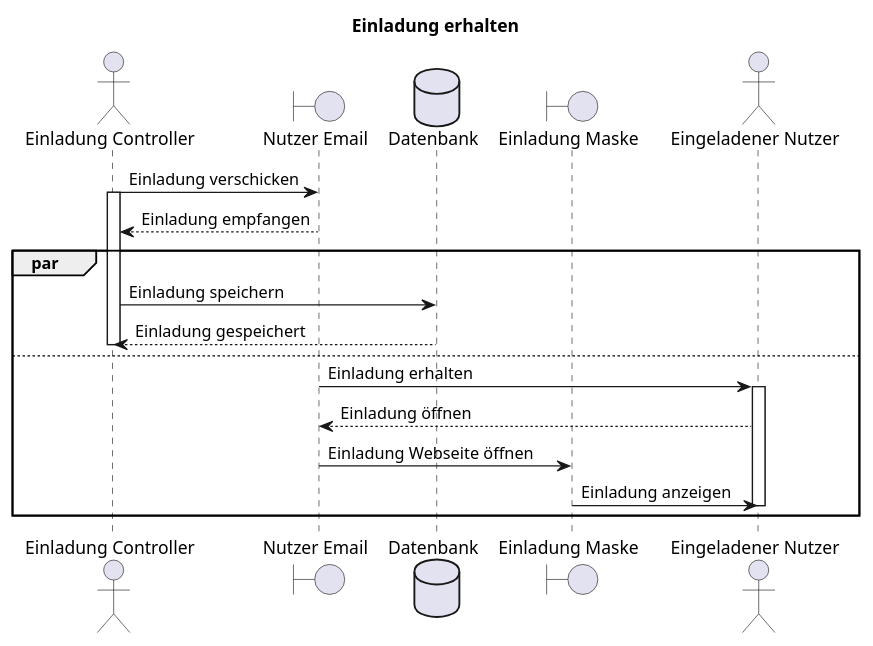
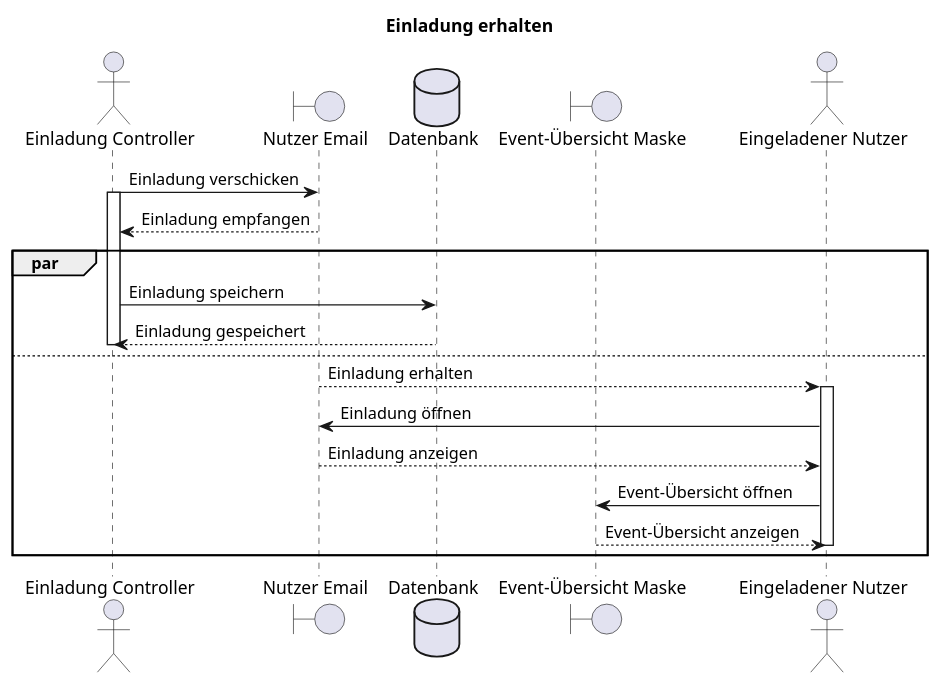
Before and after one commit to party-time-2/party-time: the diagram in docs/F007/F007_einladungErhalten_seq.plantuml, drawn with PlantUML. The commit also changed 7 other files, not shown here.

Commit message:
f008 diagrams draft

```diff
--- a/docs/F007/F007_einladungErhalten_seq.plantuml
+++ b/docs/F007/F007_einladungErhalten_seq.plantuml
@@ -1,25 +1,26 @@
 @startuml F007_einladungErhalten_seq
 title "Einladung erhalten"
 
 actor "Einladung Controller" as controller
 boundary "Nutzer Email" as userMail
 database "Datenbank" as db
-boundary "Einladung Maske" as inviteMask
+boundary "Event-Übersicht Maske" as eventMask
 actor "Eingeladener Nutzer" as user
 
 controller -> userMail: Einladung verschicken
 activate controller
 controller <-- userMail: Einladung empfangen
 par
 controller -> db: Einladung speichern
 controller <-- db: Einladung gespeichert
 deactivate controller
 else
-userMail -> user: Einladung erhalten
+userMail --> user: Einladung erhalten
 activate user
-userMail <-- user: Einladung öffnen
-userMail -> inviteMask: Einladung Webseite öffnen
-user <- inviteMask: Einladung anzeigen
+userMail <- user: Einladung öffnen
+userMail --> user: Einladung anzeigen
+user -> eventMask: Event-Übersicht öffnen
+user <-- eventMask: Event-Übersicht anzeigen
 deactivate user
 end
 @enduml
```
